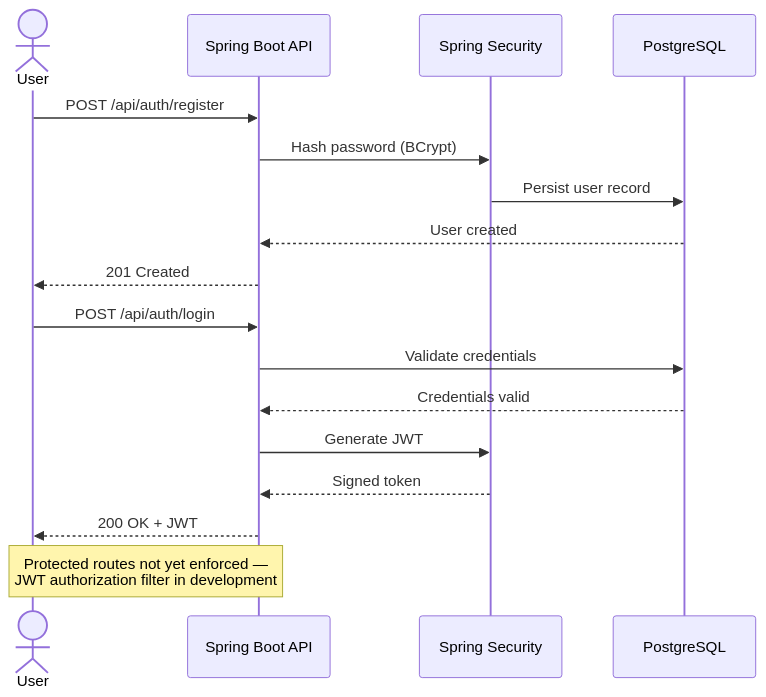
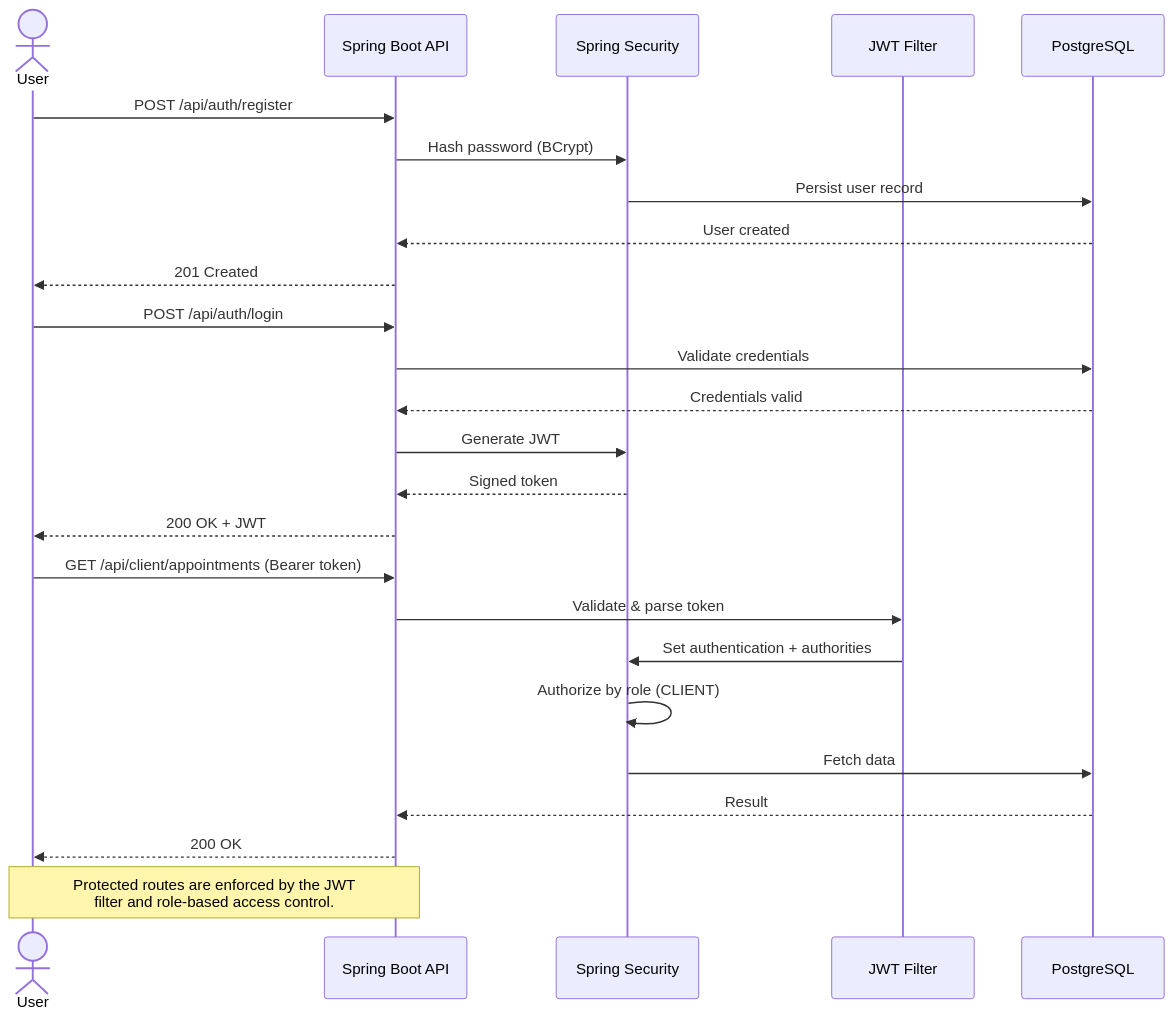
One commit to arshraj1020/vakil-connect changed the second of 3 diagrams in README.md. Above: the diagram before and after it, drawn with Mermaid. The commit also changed other lines of this file and 16 other files, not shown here.

````diff
--- a/README.md
+++ b/README.md
@@ -234,22 +238,31 @@
 ```mermaid
 sequenceDiagram
  actor User
  participant API as Spring Boot API
  participant Sec as Spring Security
+ participant JWT as JWT Filter
  participant DB as PostgreSQL
 
  User->>API: POST /api/auth/register
  API->>Sec: Hash password (BCrypt)
  Sec->>DB: Persist user record
  DB-->>API: User created
  API-->>User: 201 Created
 
  User->>API: POST /api/auth/login
  API->>DB: Validate credentials
  DB-->>API: Credentials valid
  API->>Sec: Generate JWT
  Sec-->>API: Signed token
  API-->>User: 200 OK + JWT
 
- Note over User,API: Protected routes not yet enforced —<br/>JWT authorization filter in development
+ User->>API: GET /api/client/appointments (Bearer token)
+ API->>JWT: Validate & parse token
+ JWT->>Sec: Set authentication + authorities
+ Sec->>Sec: Authorize by role (CLIENT)
+ Sec->>DB: Fetch data
+ DB-->>API: Result
+ API-->>User: 200 OK
+
+ Note over User,API: Protected routes are enforced by the JWT<br/>filter and role-based access control.
 ```
````
